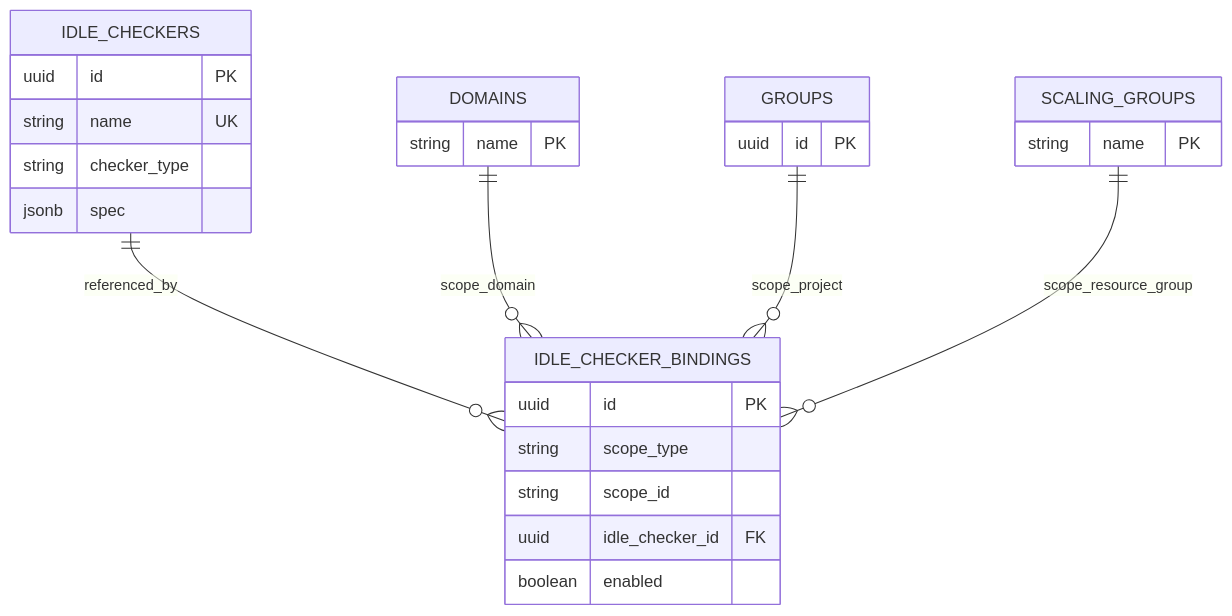
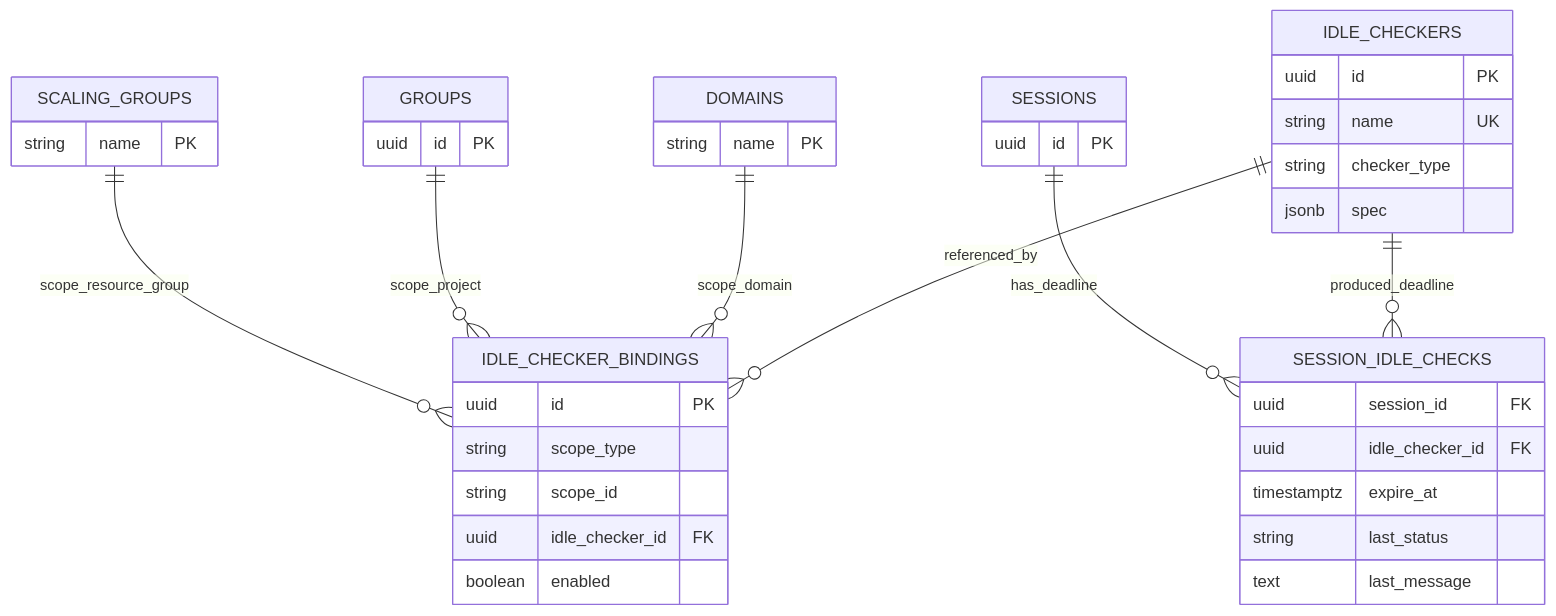
Before and after one commit to lablup/backend.ai: the first of 2 diagrams in proposals/BEP-1054-reconciler-based-idle-checker.md, drawn with Mermaid. The commit also changed other lines of this file and 1 other file, not shown here.

Commit message:
docs(BA-6908): DB-backed idle deadlines + refresh/sweep split (BEP-1054) (#12900)

````diff
--- a/proposals/BEP-1054-reconciler-based-idle-checker.md
+++ b/proposals/BEP-1054-reconciler-based-idle-checker.md
@@ -107,24 +124,34 @@
 ```mermaid
 erDiagram
     IDLE_CHECKERS {
         uuid id PK
         string name UK
         string checker_type
         jsonb spec
     }
     IDLE_CHECKER_BINDINGS {
         uuid id PK
         string scope_type
         string scope_id
         uuid idle_checker_id FK
         boolean enabled
     }
+    SESSION_IDLE_CHECKS {
+        uuid session_id FK
+        uuid idle_checker_id FK
+        timestamptz expire_at
+        string last_status
+        text last_message
+    }
     DOMAINS { string name PK }
     GROUPS { uuid id PK }
     SCALING_GROUPS { string name PK }
+    SESSIONS { uuid id PK }
 
     IDLE_CHECKERS ||--o{ IDLE_CHECKER_BINDINGS : referenced_by
     DOMAINS ||--o{ IDLE_CHECKER_BINDINGS : scope_domain
     GROUPS ||--o{ IDLE_CHECKER_BINDINGS : scope_project
     SCALING_GROUPS ||--o{ IDLE_CHECKER_BINDINGS : scope_resource_group
+    IDLE_CHECKERS ||--o{ SESSION_IDLE_CHECKS : produced_deadline
+    SESSIONS ||--o{ SESSION_IDLE_CHECKS : has_deadline
 ```
````
